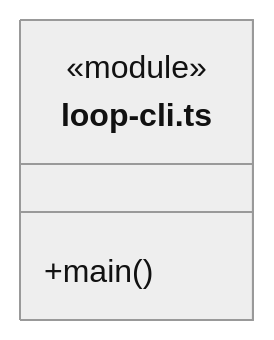
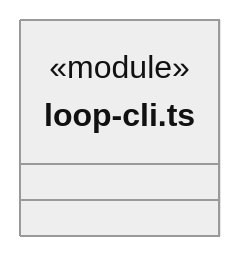
One commit to nan023062/cbim changed the diagram in src/backend/main/commands/ARCHITECTURE.md. Above: the diagram before and after it, drawn with Mermaid (neutral theme). The commit also changed 240 other files, not shown here.

````diff
--- a/src/backend/main/commands/ARCHITECTURE.md
+++ b/src/backend/main/commands/ARCHITECTURE.md
@@ -19,7 +19,6 @@
 ```mermaid
 classDiagram
 class N_src_backend_main_commands_loop_cli_ts["loop-cli.ts"] {
   <<module>>
-  +main()
 }
 ```
````
